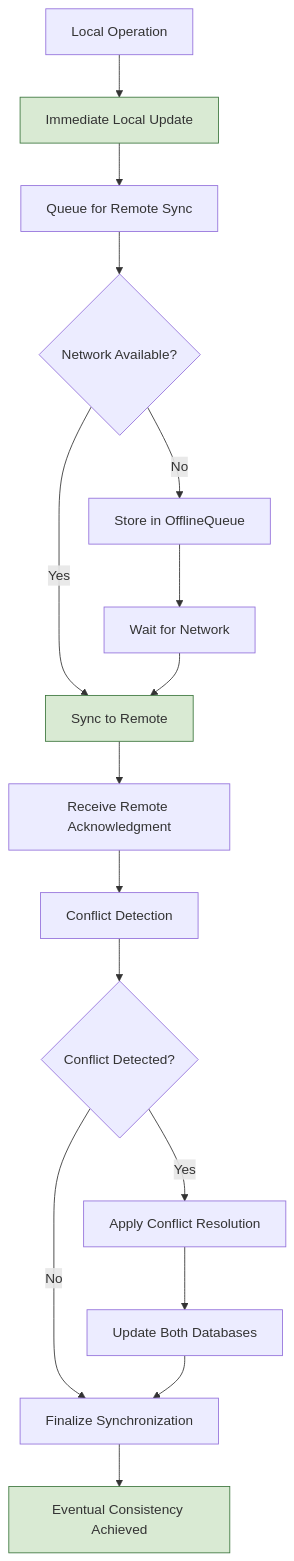
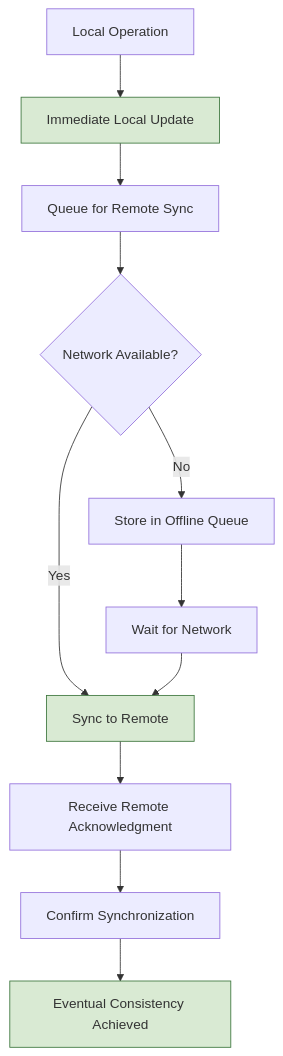
Diagram 16 of 18 in .qoder/repowiki/en/content/Architecture Overview/Data Management Architecture/Data Synchronization Workflow/Data Synchronization Workflow.md (geniusdynamics/schoolpilot), drawn with Mermaid before and after one commit. The commit also changed other lines of this file and 19 other files, not shown here.

````diff
--- a/.qoder/repowiki/en/content/Architecture Overview/Data Management Architecture/Data Synchronization Workflow/Data Synchronization Workflow.md
+++ b/.qoder/repowiki/en/content/Architecture Overview/Data Management Architecture/Data Synchronization Workflow/Data Synchronization Workflow.md
@@ -517,21 +700,16 @@
 ```mermaid
 flowchart TD
 A[Local Operation] --> B[Immediate Local Update]
 B --> C[Queue for Remote Sync]
 C --> D{Network Available?}
 D --> |Yes| E[Sync to Remote]
-D --> |No| F[Store in OfflineQueue]
+D --> |No| F[Store in Offline Queue]
 F --> G[Wait for Network]
 G --> E
 E --> H[Receive Remote Acknowledgment]
-H --> I[Conflict Detection]
-I --> J{Conflict Detected?}
-J --> |No| K[Finalize Synchronization]
-J --> |Yes| L[Apply Conflict Resolution]
-L --> M[Update Both Databases]
-M --> K
-K --> N[Eventual Consistency Achieved]
+H --> I[Confirm Synchronization]
+I --> J[Eventual Consistency Achieved]
 style B fill:#d9ead3,stroke:#3c763d
 style E fill:#d9ead3,stroke:#3c763d
-style N fill:#d9ead3,stroke:#3c763d
+style J fill:#d9ead3,stroke:#3c763d
 ```
````
